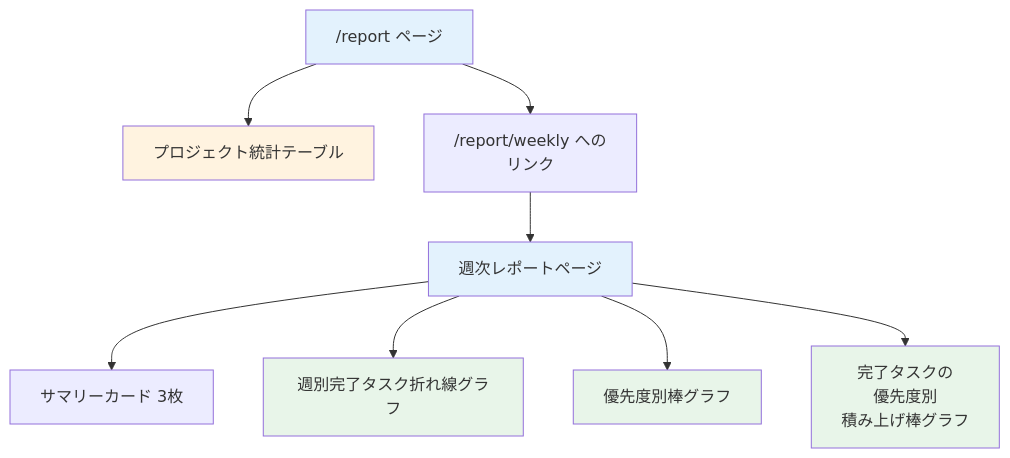
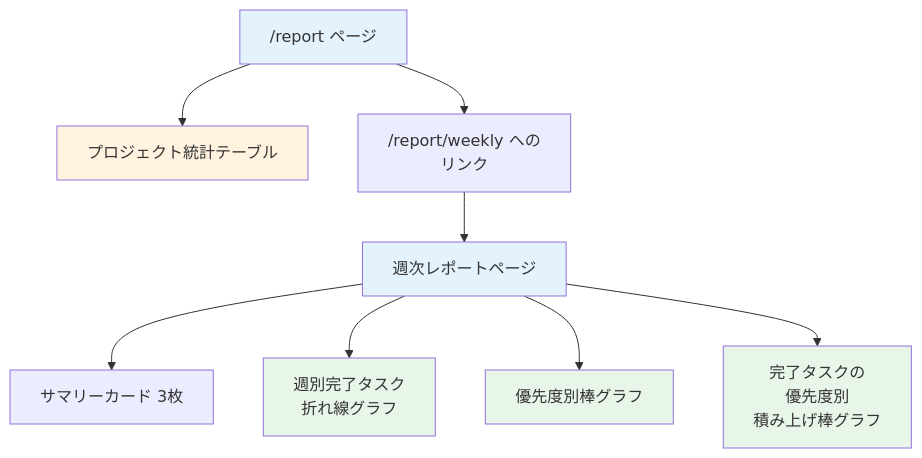
Before and after one commit to kouiso/task-app: the first of 2 diagrams in material/30days-curriculum/day23_週次レポート.md, drawn with Mermaid. The commit also changed 40 other files, not shown here.

````diff
--- a/material/30days-curriculum/day23_週次レポート.md
+++ b/material/30days-curriculum/day23_週次レポート.md
@@ -46,17 +46,17 @@
 ```mermaid
 flowchart TD
     A["/report ページ"] --> B[プロジェクト統計テーブル]
     A --> C["/report/weekly への<br/>リンク"]
     C --> D[週次レポートページ]
     D --> E[サマリーカード 3枚]
-    D --> F[週別完了タスク折れ線グラフ]
+    D --> F["週別完了タスク<br/>折れ線グラフ"]
     D --> G[優先度別棒グラフ]
     D --> H[完了タスクの<br/>優先度別<br/>積み上げ棒グラフ]
 
     style A fill:#e3f2fd
     style B fill:#fff3e0
     style D fill:#e3f2fd
     style F fill:#e8f5e9
     style G fill:#e8f5e9
     style H fill:#e8f5e9
 ```
````
